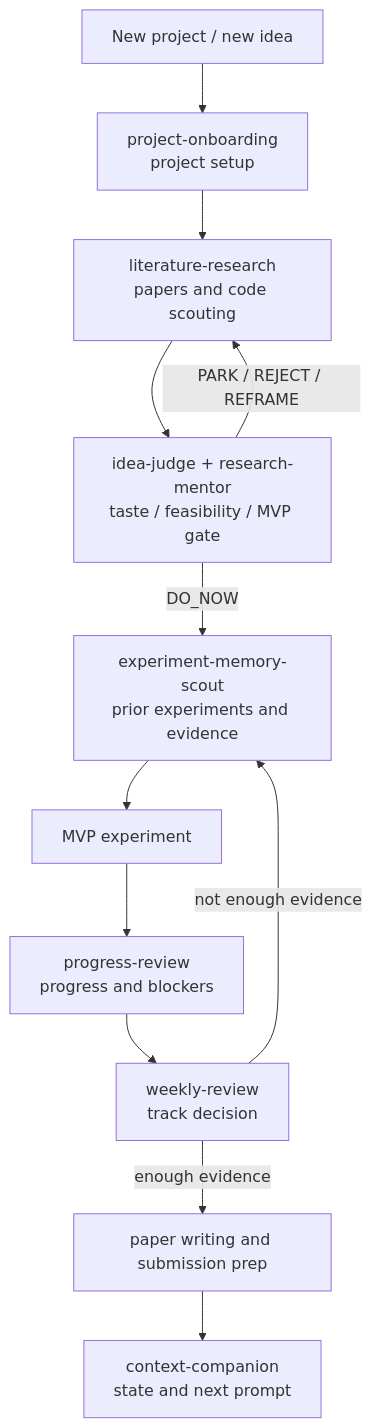
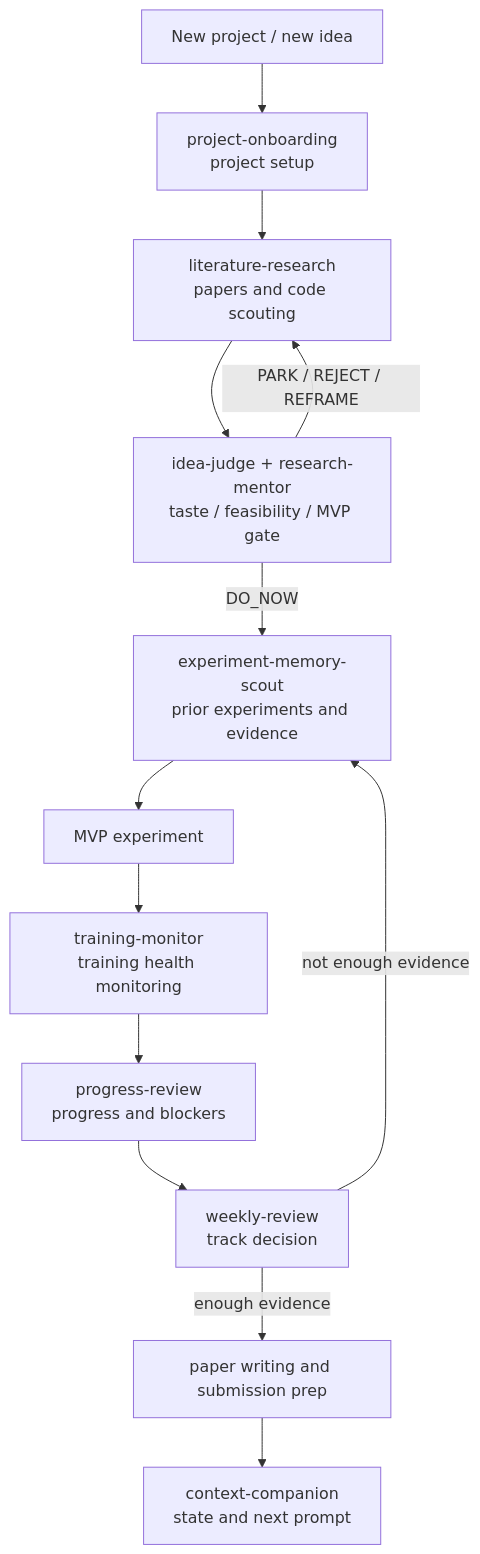
The first of 2 diagrams in README.en.md (zengleilei123/ai-research-companion-codex-plugin), drawn with Mermaid before and after one commit. The commit also changed other lines of this file and 4 other files, not shown here.

Commit message:
feat: add training monitor skill

````diff
--- a/README.en.md
+++ b/README.en.md
@@ -27,14 +28,15 @@
 ```mermaid
 flowchart TD
     A["New project / new idea"] --> B["project-onboarding<br/>project setup"]
     B --> C["literature-research<br/>papers and code scouting"]
     C --> D["idea-judge + research-mentor<br/>taste / feasibility / MVP gate"]
     D -->|"DO_NOW"| E["experiment-memory-scout<br/>prior experiments and evidence"]
     D -->|"PARK / REJECT / REFRAME"| C
     E --> F["MVP experiment"]
-    F --> G["progress-review<br/>progress and blockers"]
-    G --> H["weekly-review<br/>track decision"]
-    H -->|"enough evidence"| I["paper writing and submission prep"]
-    H -->|"not enough evidence"| E
-    I --> J["context-companion<br/>state and next prompt"]
+    F --> G["training-monitor<br/>training health monitoring"]
+    G --> H["progress-review<br/>progress and blockers"]
+    H --> I["weekly-review<br/>track decision"]
+    I -->|"enough evidence"| J["paper writing and submission prep"]
+    I -->|"not enough evidence"| E
+    J --> K["context-companion<br/>state and next prompt"]
 ```
````
